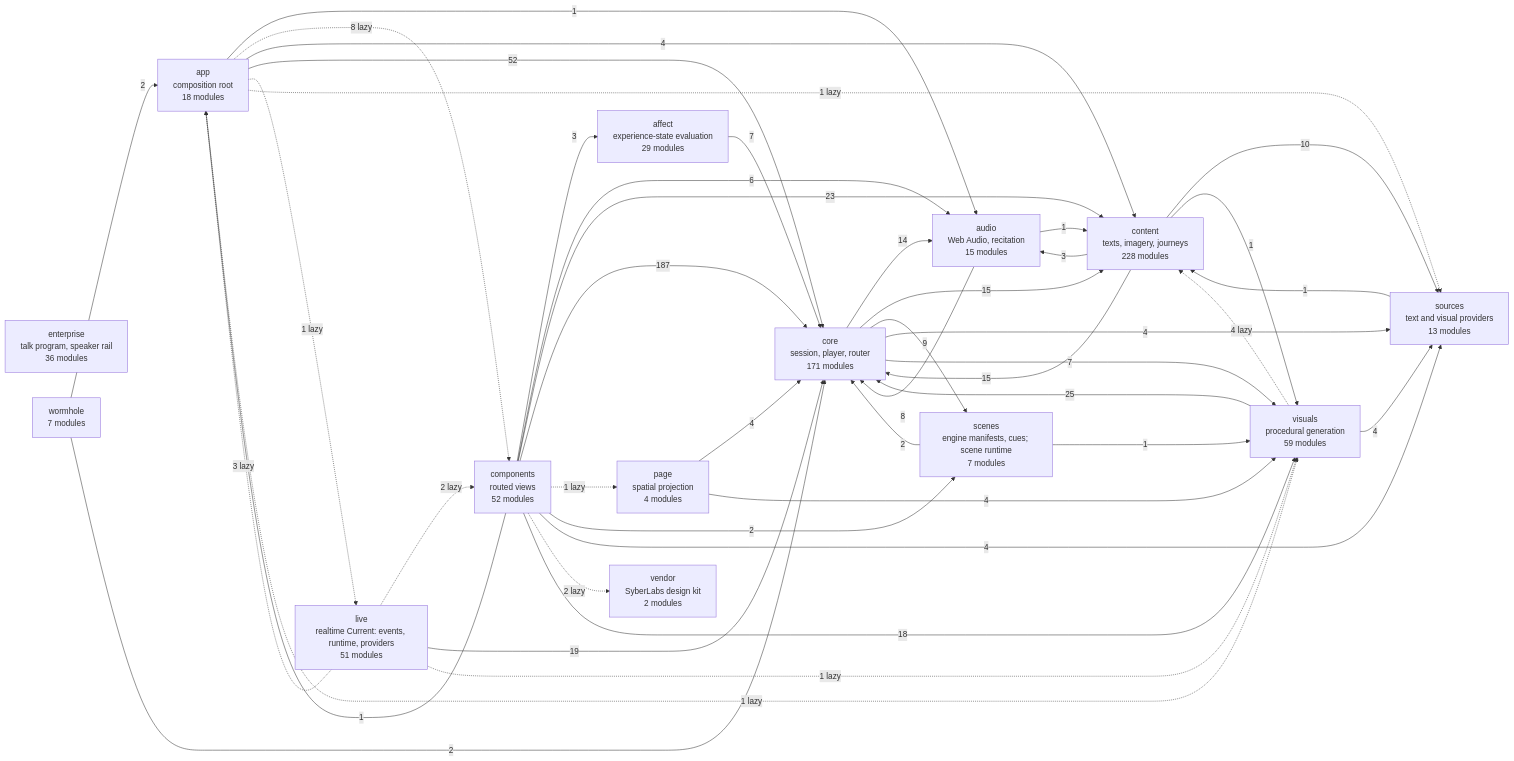
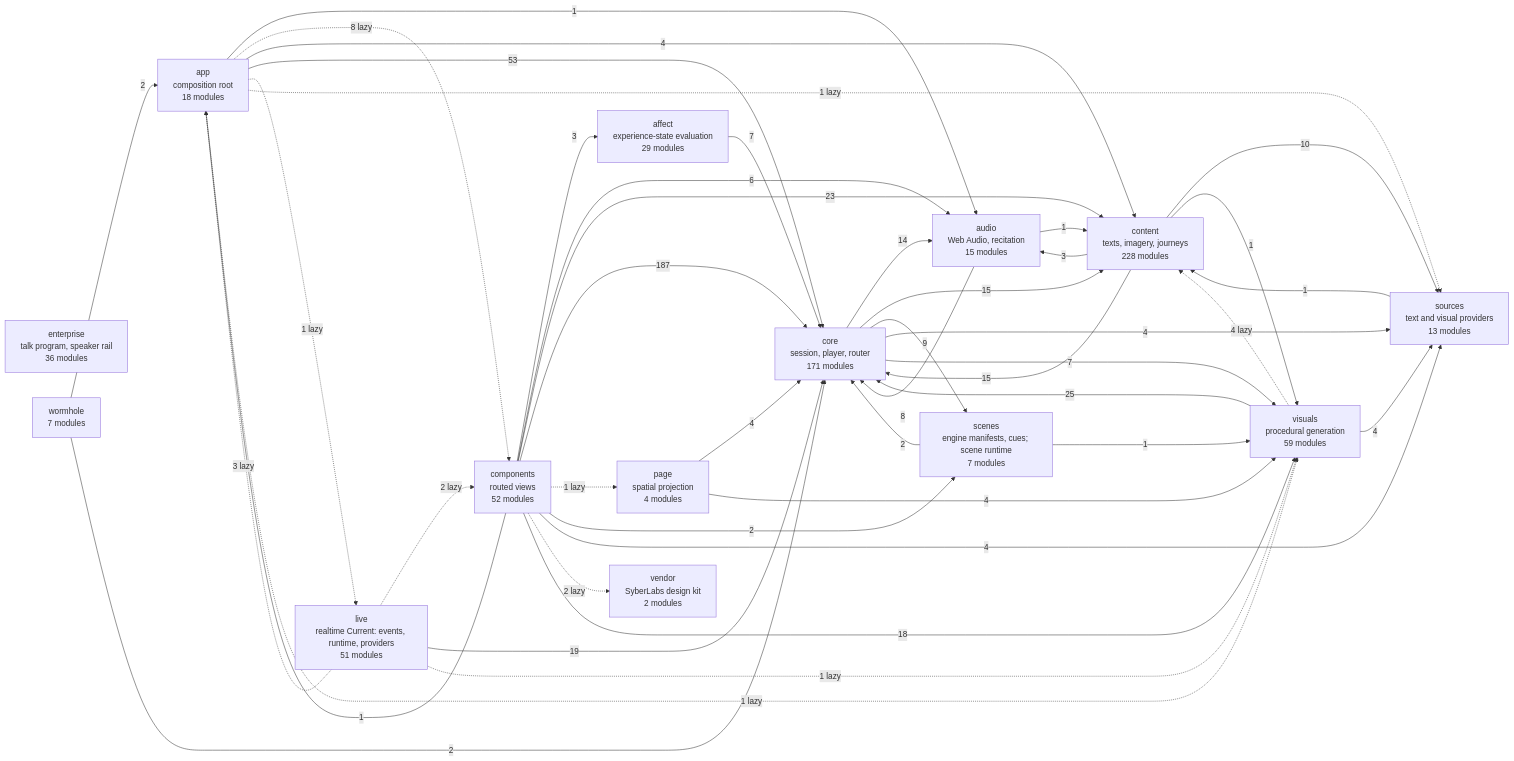
Before and after one commit to SyberLabs/RISE: the diagram in docs/specs/ARCHITECTURE.md, drawn with Mermaid. The commit also changed 6 other files, not shown here.

````diff
--- a/docs/specs/ARCHITECTURE.md
+++ b/docs/specs/ARCHITECTURE.md
@@ -161,61 +161,61 @@
 ```mermaid
 flowchart LR
     affect["affect<br/>experience-state evaluation<br/>29 modules"]
     app["app<br/>composition root<br/>18 modules"]
     audio["audio<br/>Web Audio, recitation<br/>15 modules"]
     components["components<br/>routed views<br/>52 modules"]
     content["content<br/>texts, imagery, journeys<br/>228 modules"]
     core["core<br/>session, player, router<br/>171 modules"]
     enterprise["enterprise<br/>talk program, speaker rail<br/>36 modules"]
     live["live<br/>realtime Current: events, runtime, providers<br/>51 modules"]
     page["page<br/>spatial projection<br/>4 modules"]
     scenes["scenes<br/>engine manifests, cues; scene runtime<br/>7 modules"]
     sources["sources<br/>text and visual providers<br/>13 modules"]
     vendor["vendor<br/>SyberLabs design kit<br/>2 modules"]
     visuals["visuals<br/>procedural generation<br/>59 modules"]
     wormhole["wormhole<br/>7 modules"]
 
     affect --> |7| core
     app --> |1| audio
     app -.-> |8 lazy| components
     app --> |4| content
-    app --> |52| core
+    app --> |53| core
     app -.-> |1 lazy| live
     app -.-> |1 lazy| sources
     app -.-> |1 lazy| visuals
     audio --> |1| content
     audio --> |8| core
     components --> |3| affect
     components --> |1| app
     components --> |6| audio
     components --> |23| content
     components --> |187| core
     components -.-> |1 lazy| page
     components --> |2| scenes
     components --> |4| sources
     components -.-> |2 lazy| vendor
     components --> |18| visuals
     content --> |3| audio
     content --> |15| core
     content --> |10| sources
     content --> |1| visuals
     core --> |14| audio
     core --> |15| content
     core --> |9| scenes
     core --> |4| sources
     core --> |7| visuals
     live -.-> |3 lazy| app
     live -.-> |2 lazy| components
     live --> |19| core
     live -.-> |1 lazy| visuals
     page --> |4| core
     page --> |4| visuals
     scenes --> |2| core
     scenes --> |1| visuals
     sources --> |1| content
     visuals -.-> |4 lazy| content
     visuals --> |25| core
     visuals --> |4| sources
     wormhole --> |2| app
     wormhole --> |2| core
 ```
````
